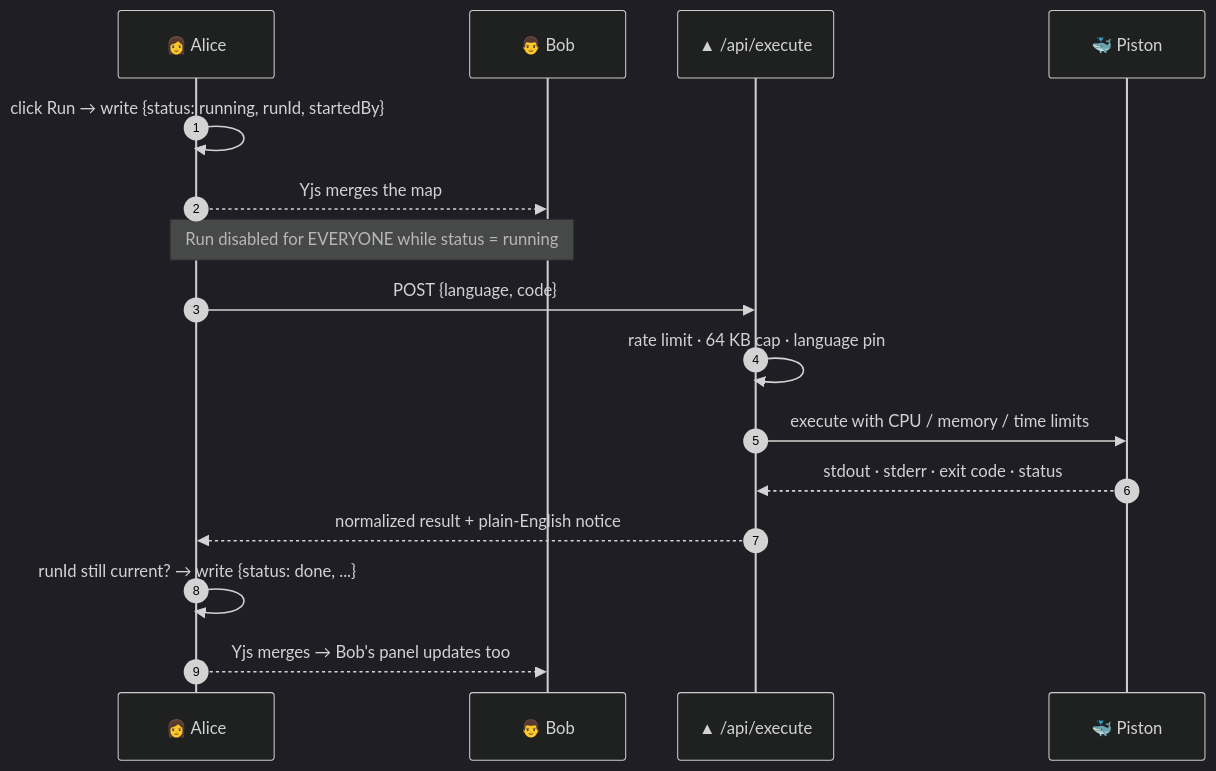
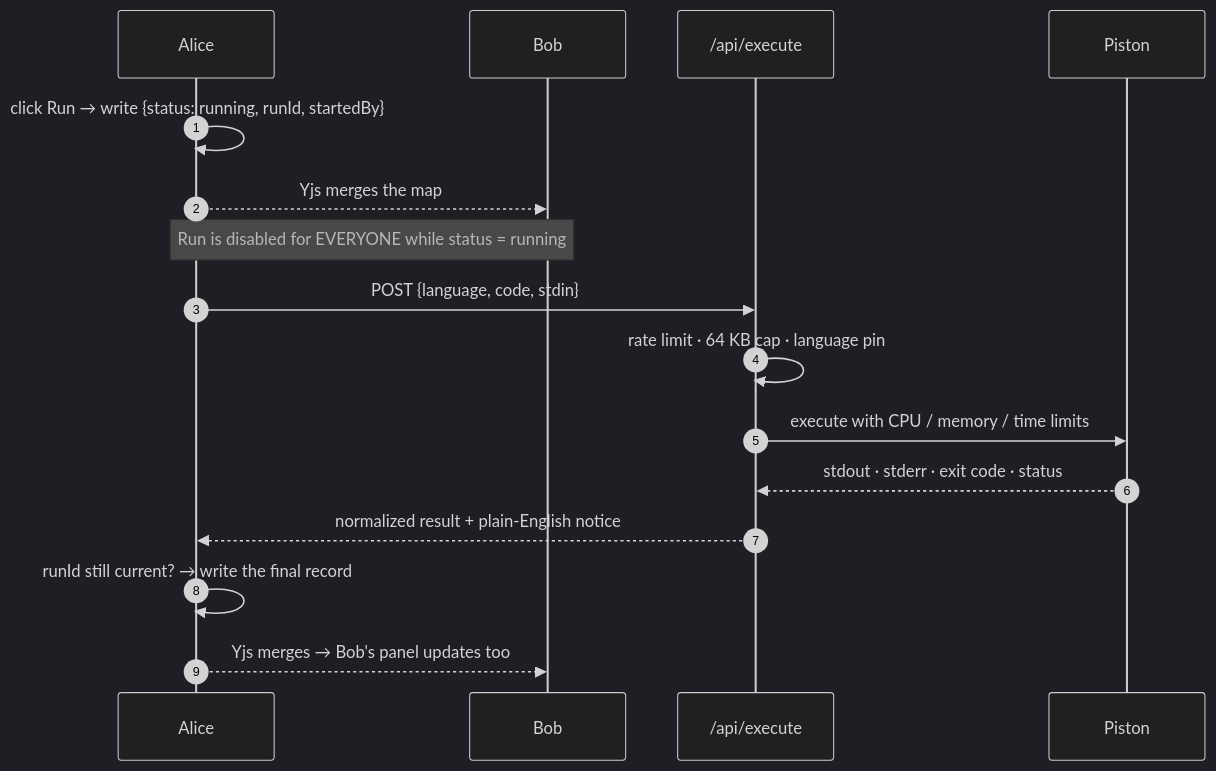
One commit to Naman830/CollabrativeCodeEditor changed the third of 3 diagrams in README.md. Above: the diagram before and after it, drawn with Mermaid (dark theme). The commit also changed other lines of this file and 5 other files, not shown here.

````diff
--- a/README.md
+++ b/README.md
@@ -348,19 +400,19 @@
 ```mermaid
 sequenceDiagram
     autonumber
-    participant A as 👩 Alice
-    participant B as 👨 Bob
-    participant N as ▲ /api/execute
-    participant P as 🐳 Piston
+    participant A as Alice
+    participant B as Bob
+    participant N as /api/execute
+    participant P as Piston
 
     A->>A: click Run → write {status: running, runId, startedBy}
     A-->>B: Yjs merges the map
-    Note over A,B: Run disabled for EVERYONE while status = running
-    A->>N: POST {language, code}
+    Note over A,B: Run is disabled for EVERYONE while status = running
+    A->>N: POST {language, code, stdin}
     N->>N: rate limit · 64 KB cap · language pin
     N->>P: execute with CPU / memory / time limits
     P-->>N: stdout · stderr · exit code · status
     N-->>A: normalized result + plain-English notice
-    A->>A: runId still current? → write {status: done, ...}
+    A->>A: runId still current? → write the final record
     A-->>B: Yjs merges → Bob's panel updates too
 ```
````
